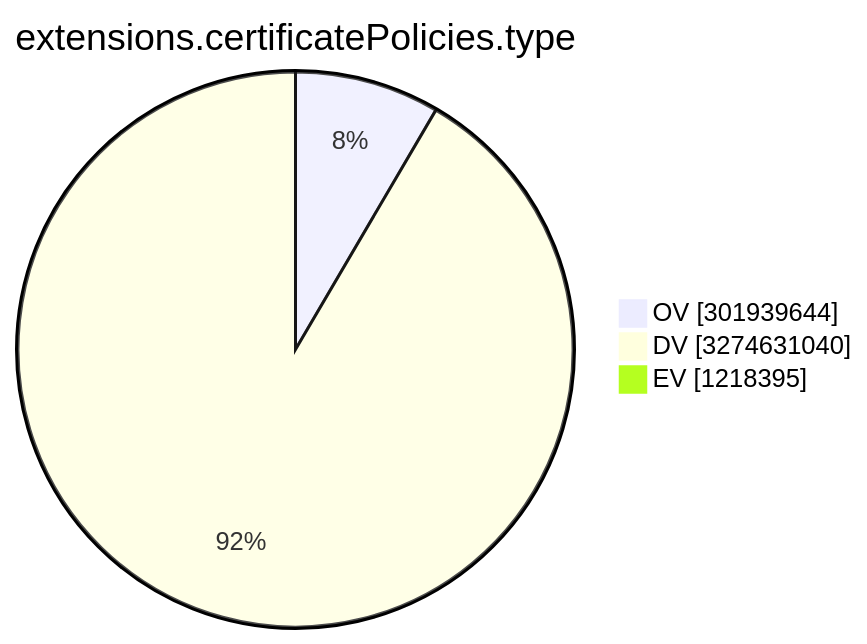
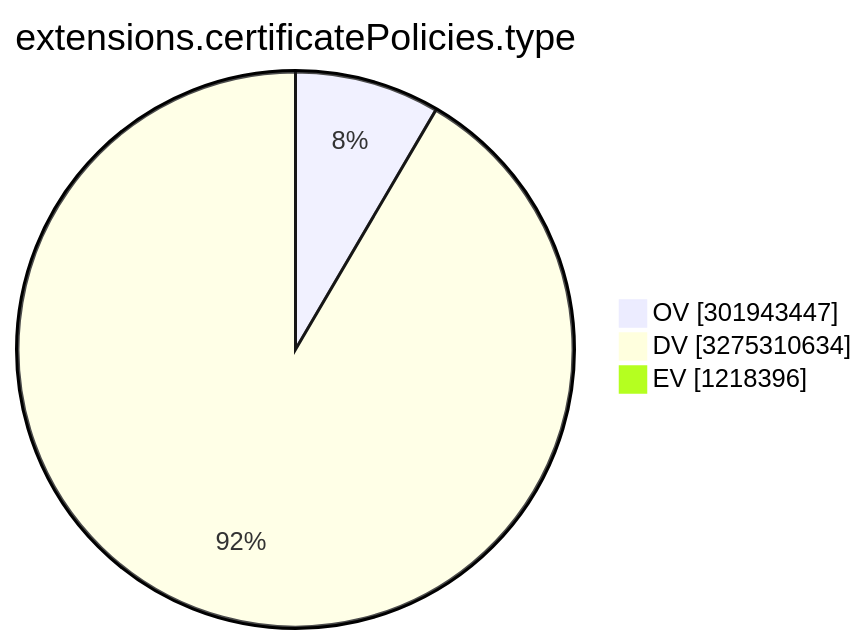
The ninth of 15 diagrams in TOTAL/README.md (christiankrug/ctmonitor_visualization), drawn with Mermaid before and after one commit. The commit also changed other lines of this file, not shown here.

````diff
--- a/TOTAL/README.md
+++ b/TOTAL/README.md
@@ -3107,7 +3107,7 @@
 ```mermaid
 pie showData
 title extensions.certificatePolicies.type
-"OV" :301939644
-"DV" :3274631040
-"EV" :1218395
+"OV" :301943447
+"DV" :3275310634
+"EV" :1218396
 ```
````
